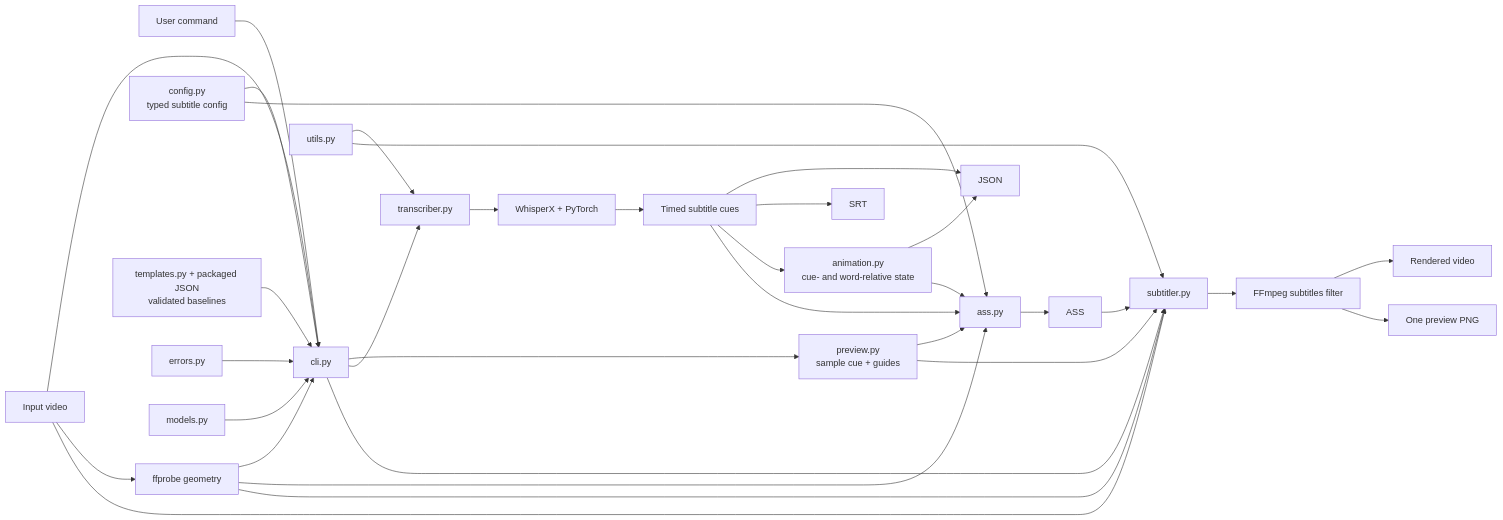
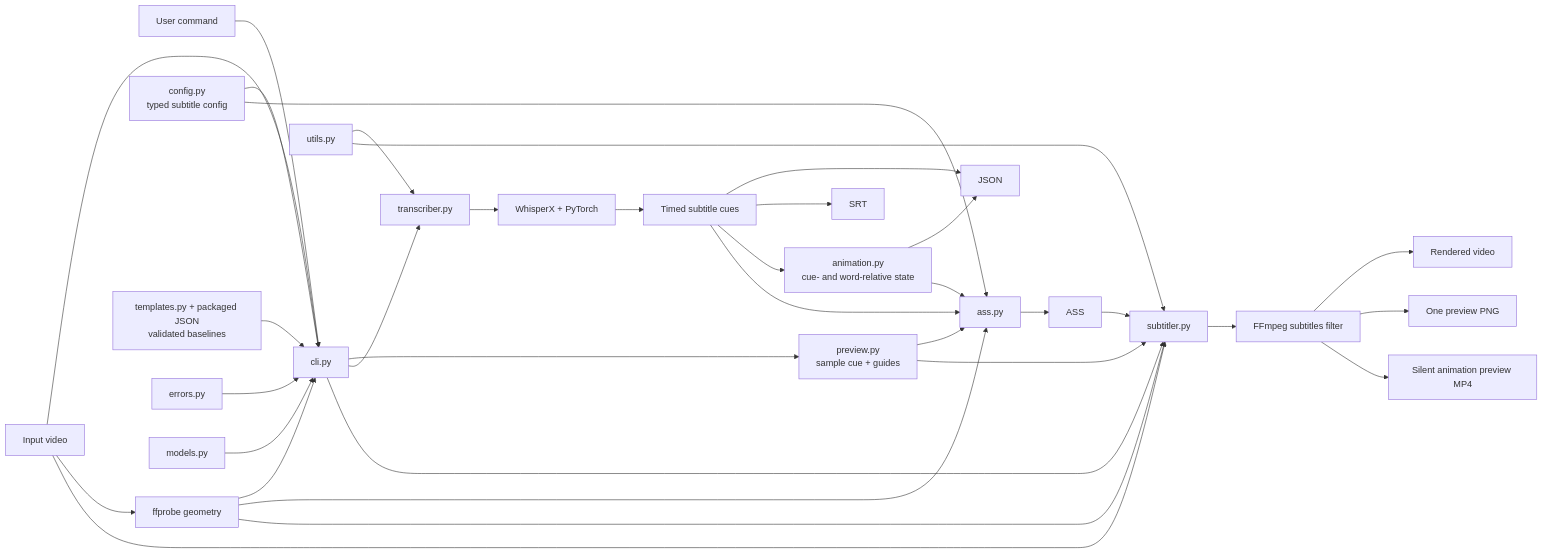
Before and after one commit to denilson-santos/multisubs: the diagram in docs/architecture.md, drawn with Mermaid. The commit also changed other lines of this file and 7 other files, not shown here.

```diff
--- a/docs/architecture.md
+++ b/docs/architecture.md
@@ -12,35 +14,36 @@
 ~~~mermaid
 flowchart LR
     user[User command] --> cli[cli.py]
     input[Input video] --> cli
     input --> probe[ffprobe geometry]
     probe --> cli
     config[config.py<br/>typed subtitle config] --> cli
     templates[templates.py + packaged JSON<br/>validated baselines] --> cli
     cli --> preview[preview.py<br/>sample cue + guides]
     cli --> transcriber[transcriber.py]
     transcriber --> whisper[WhisperX + PyTorch]
     whisper --> cues[Timed subtitle cues]
     cues --> json[JSON]
     cues --> srt[SRT]
     cues --> animations[animation.py<br/>cue- and word-relative state]
     animations --> json
     animations --> asswriter
     cues --> asswriter[ass.py]
     asswriter --> ass[ASS]
     preview --> asswriter
     config --> asswriter
     probe --> asswriter
     cli --> subtitler[subtitler.py]
     preview --> subtitler
     input --> subtitler
     ass --> subtitler
     probe --> subtitler
     subtitler --> ffmpeg[FFmpeg subtitles filter]
     ffmpeg --> video[Rendered video]
     ffmpeg --> png[One preview PNG]
+    ffmpeg --> clip[Silent animation preview MP4]
     utils[utils.py] --> transcriber
     utils --> subtitler
     errors[errors.py] --> cli
     models[models.py] --> cli
 ~~~
```
